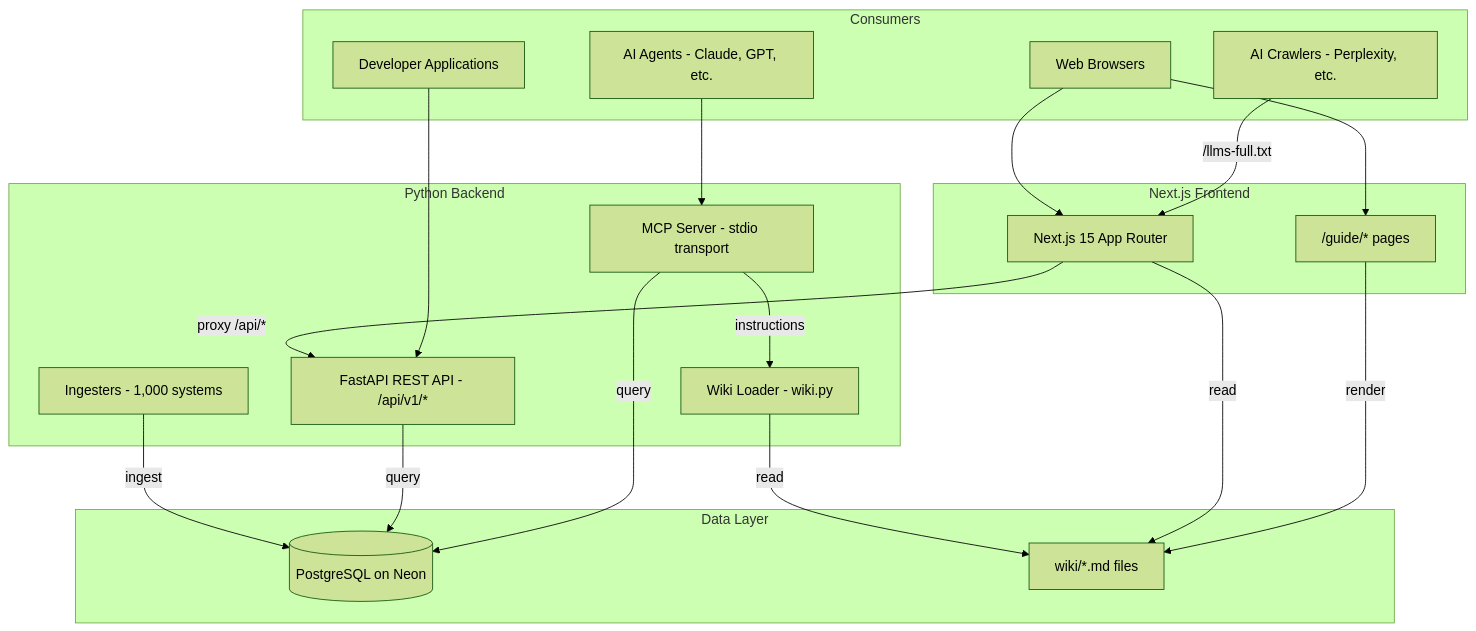
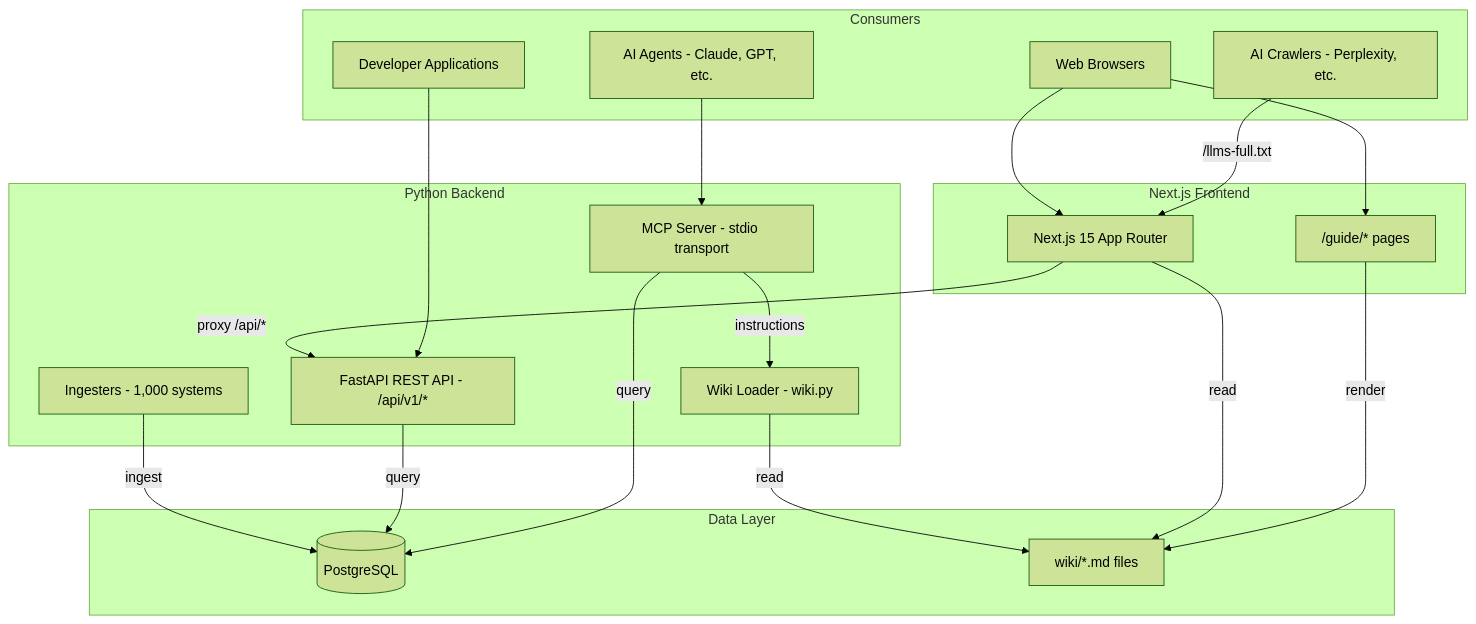
Before and after one commit to colaberry/WorldOfTaxanomy: the diagram in docs/diagrams/system-architecture.mmd, drawn with Mermaid (forest theme). The commit also changed 25 other files, not shown here.

```diff
--- a/docs/diagrams/system-architecture.mmd
+++ b/docs/diagrams/system-architecture.mmd
@@ -1,34 +1,34 @@
 graph TB
   subgraph Data["Data Layer"]
-    PG[(PostgreSQL on Neon)]
+    PG[(PostgreSQL)]
     WIKI["wiki/*.md files"]
   end
   subgraph Backend["Python Backend"]
     INGEST["Ingesters - 1,000 systems"]
     API["FastAPI REST API - /api/v1/*"]
     MCP["MCP Server - stdio transport"]
     WIKILOADER["Wiki Loader - wiki.py"]
   end
   subgraph Frontend["Next.js Frontend"]
     NEXT["Next.js 15 App Router"]
     GUIDE["/guide/* pages"]
   end
   subgraph Consumers
     BROWSER["Web Browsers"]
     AIAGENT["AI Agents - Claude, GPT, etc."]
     CRAWLER["AI Crawlers - Perplexity, etc."]
     DEV["Developer Applications"]
   end
   INGEST -->|ingest| PG
   API -->|query| PG
   MCP -->|query| PG
   WIKILOADER -->|read| WIKI
   MCP -->|instructions| WIKILOADER
   NEXT -->|proxy /api/*| API
   NEXT -->|read| WIKI
   GUIDE -->|render| WIKI
   BROWSER --> NEXT
   BROWSER --> GUIDE
   AIAGENT --> MCP
   CRAWLER -->|/llms-full.txt| NEXT
   DEV --> API
```
